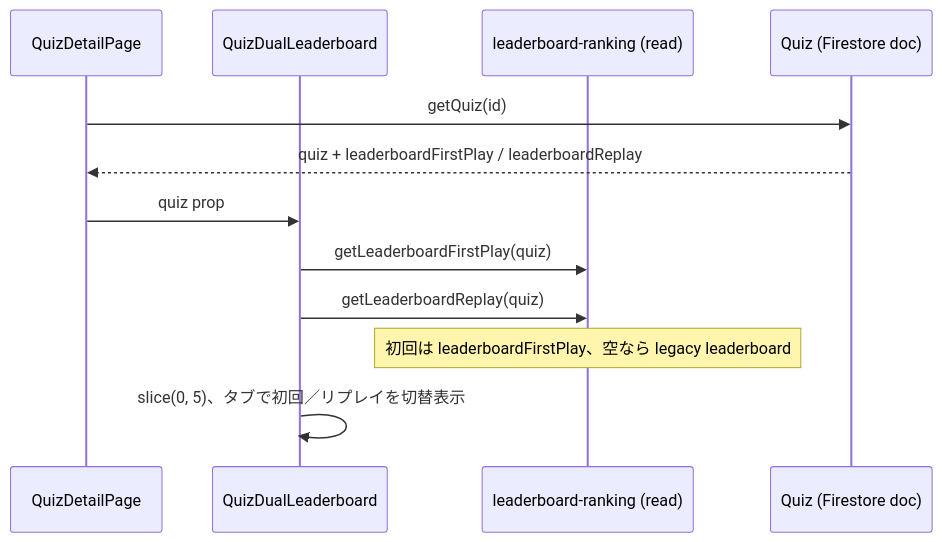
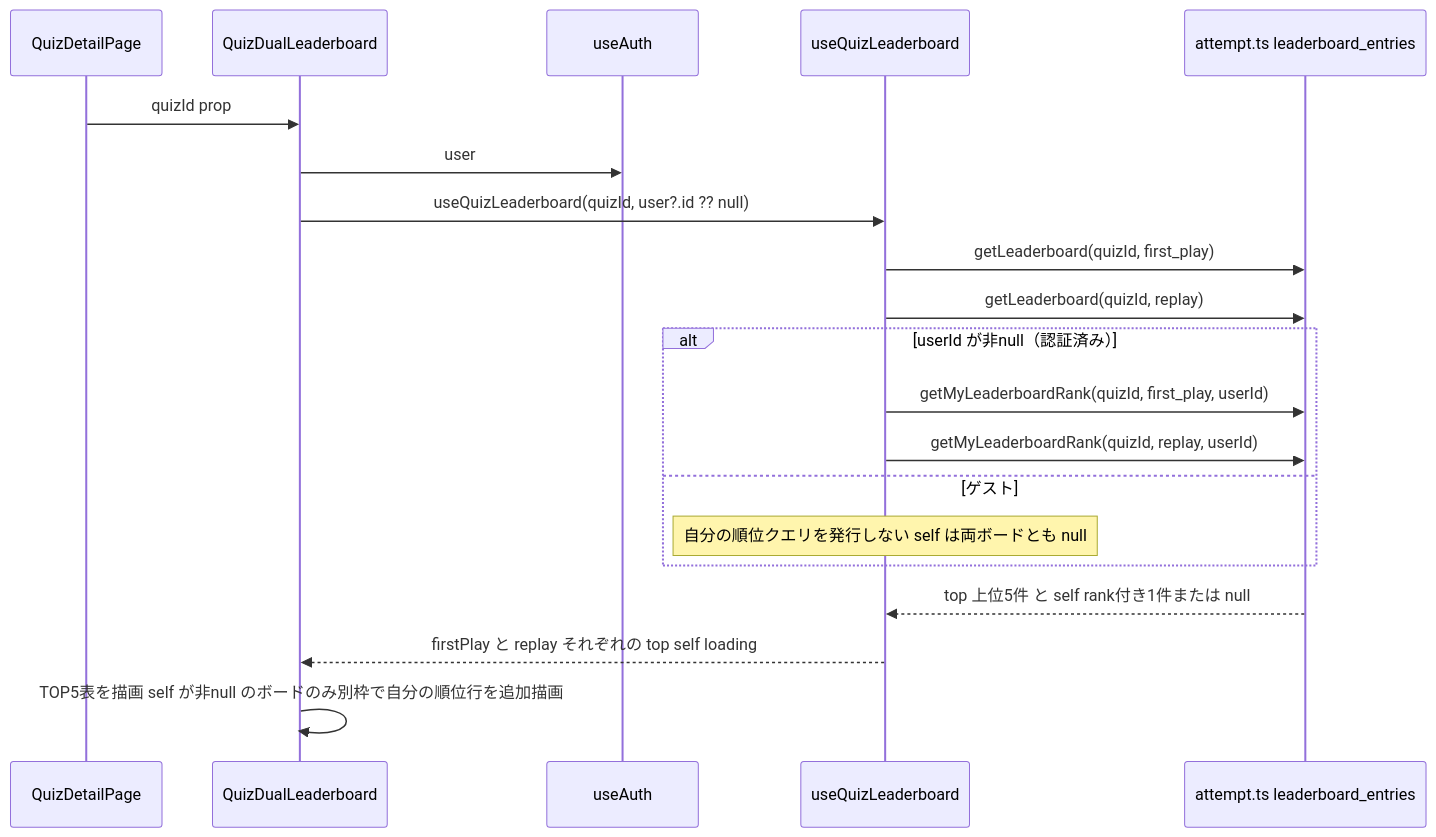
The third of 22 diagrams in .kiro/specs/quizeum-play-flow-ui/design.md (npressoworks/quizetika), drawn with Mermaid before and after one commit. The commit also changed other lines of this file and 3 other files, not shown here.

Commit message:
docs(quizeum-play-flow-ui): add Phase 38 requirements/design/research for self-rank leaderboard display

````diff
--- a/.kiro/specs/quizeum-play-flow-ui/design.md
+++ b/.kiro/specs/quizeum-play-flow-ui/design.md
@@ -419,15 +424,23 @@
 ```mermaid
 sequenceDiagram
     participant Page as QuizDetailPage
     participant LB as QuizDualLeaderboard
-    participant Lib as leaderboard-ranking (read)
-    participant Quiz as Quiz (Firestore doc)
+    participant Auth as useAuth
+    participant Hook as useQuizLeaderboard
+    participant Core as attempt.ts leaderboard_entries
 
-    Page->>Quiz: getQuiz(id)
-    Quiz-->>Page: quiz + leaderboardFirstPlay / leaderboardReplay
-    Page->>LB: quiz prop
-    LB->>Lib: getLeaderboardFirstPlay(quiz)
-    LB->>Lib: getLeaderboardReplay(quiz)
-    Note over Lib: 初回は leaderboardFirstPlay、空なら legacy leaderboard
-    LB->>LB: slice(0, 5)、タブで初回／リプレイを切替表示
+    Page->>LB: quizId prop
+    LB->>Auth: user
+    LB->>Hook: useQuizLeaderboard(quizId, user?.id ?? null)
+    Hook->>Core: getLeaderboard(quizId, first_play)
+    Hook->>Core: getLeaderboard(quizId, replay)
+    alt userId が非null（認証済み）
+        Hook->>Core: getMyLeaderboardRank(quizId, first_play, userId)
+        Hook->>Core: getMyLeaderboardRank(quizId, replay, userId)
+    else ゲスト
+        Note over Hook: 自分の順位クエリを発行しない self は両ボードとも null
+    end
+    Core-->>Hook: top 上位5件 と self rank付き1件または null
+    Hook-->>LB: firstPlay と replay それぞれの top self loading
+    LB->>LB: TOP5表を描画 self が非null のボードのみ別枠で自分の順位行を追加描画
 ```
````
